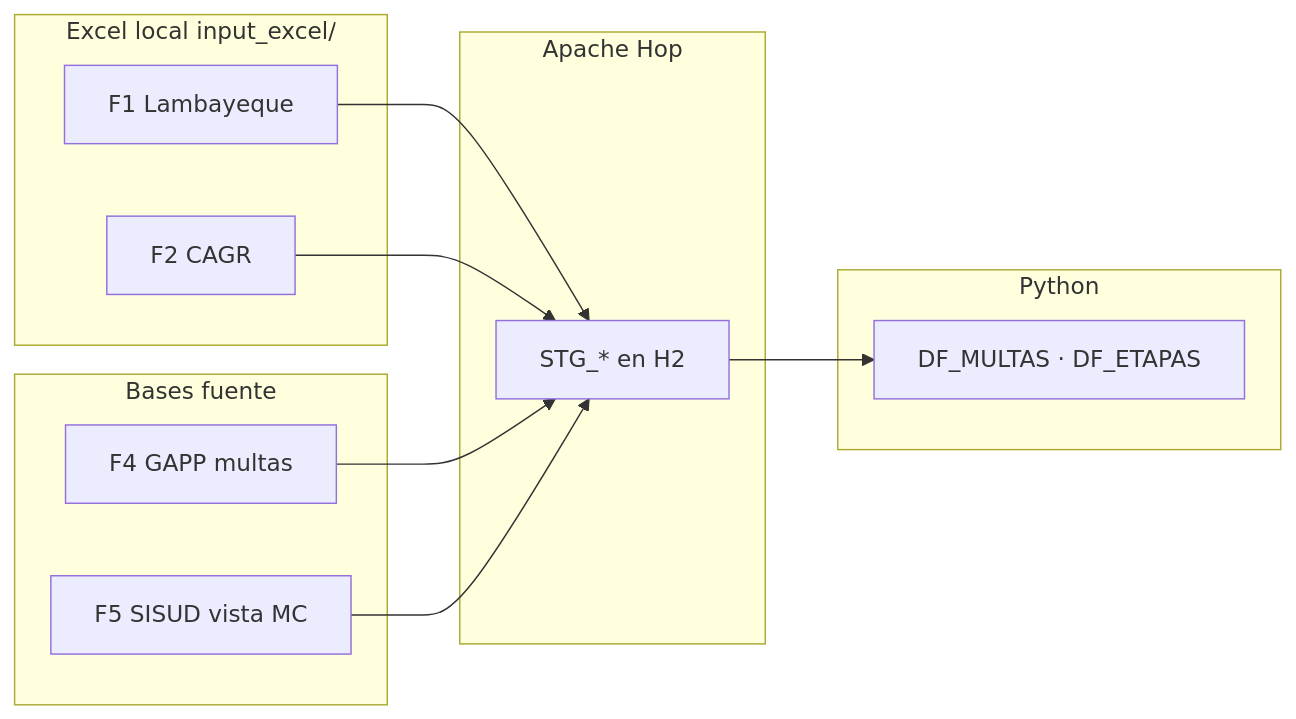
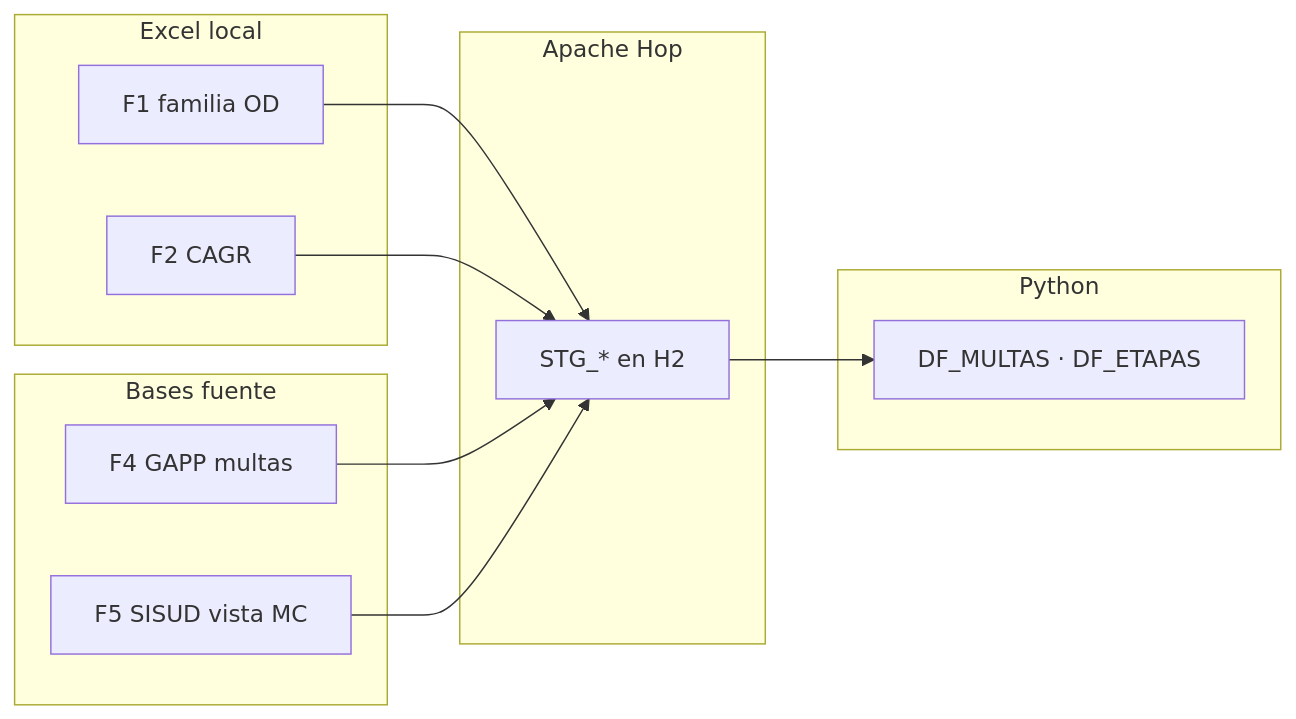
The diagram in docs/inputs/README.md (nwodevops/multa_informes_etl), drawn with Mermaid before and after one commit. The commit also changed other lines of this file and 23 other files, not shown here.

````diff
--- a/docs/inputs/README.md
+++ b/docs/inputs/README.md
@@ -31,26 +31,26 @@
 ```mermaid
 flowchart LR
-  subgraph excel [Excel local input_excel/]
-    F1["F1 Lambayeque"]
+  subgraph excel [Excel local]
+    F1["F1 familia OD"]
     F2["F2 CAGR"]
   end
 
   subgraph remoto [Bases fuente]
     F4["F4 GAPP multas"]
     F5["F5 SISUD vista MC"]
   end
 
   subgraph hop [Apache Hop]
     STG["STG_* en H2"]
   end
 
   subgraph py [Python]
     DF["DF_MULTAS · DF_ETAPAS"]
   end
 
   F1 --> STG
   F2 --> STG
   F4 --> STG
   F5 --> STG
   STG --> DF
 ```
````
